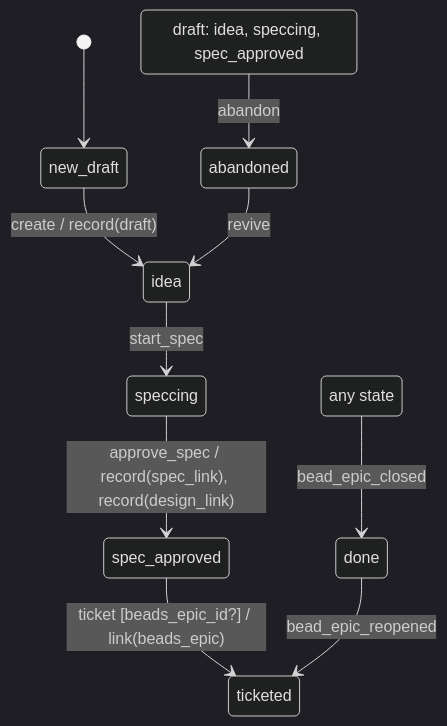
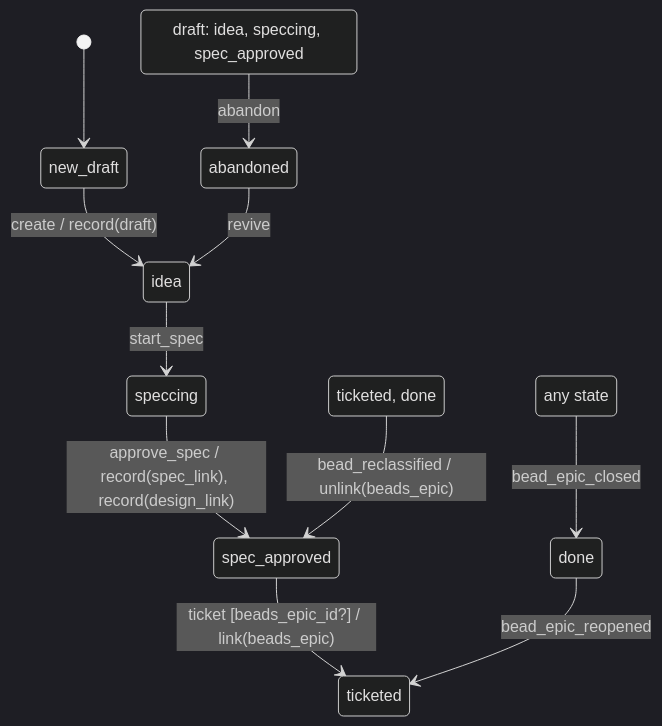
One commit to ryanpaulmessner/foreman changed the diagram in docs/machines/epic.md. Above: the diagram before and after it, drawn with Mermaid (dark theme). The commit also changed other lines of this file and 27 other files, not shown here.

````diff
--- a/docs/machines/epic.md
+++ b/docs/machines/epic.md
@@ -5,14 +5,16 @@
 ```mermaid
 stateDiagram-v2
     [*] --> new_draft
     new_draft --> idea: create / record(draft)
     idea --> speccing: start_spec
     speccing --> spec_approved: approve_spec / record(spec_link), record(design_link)
     spec_approved --> ticketed: ticket [beads_epic_id?] / link(beads_epic)
     draft --> abandoned: abandon
     abandoned --> idea: revive
     fsm_any --> done: bead_epic_closed
     done --> ticketed: bead_epic_reopened
+    fsm_set_8 --> spec_approved: bead_reclassified / unlink(beads_epic)
     state "draft: idea, speccing, spec_approved" as draft
+    state "ticketed, done" as fsm_set_8
     state "any state" as fsm_any
 ```
````
